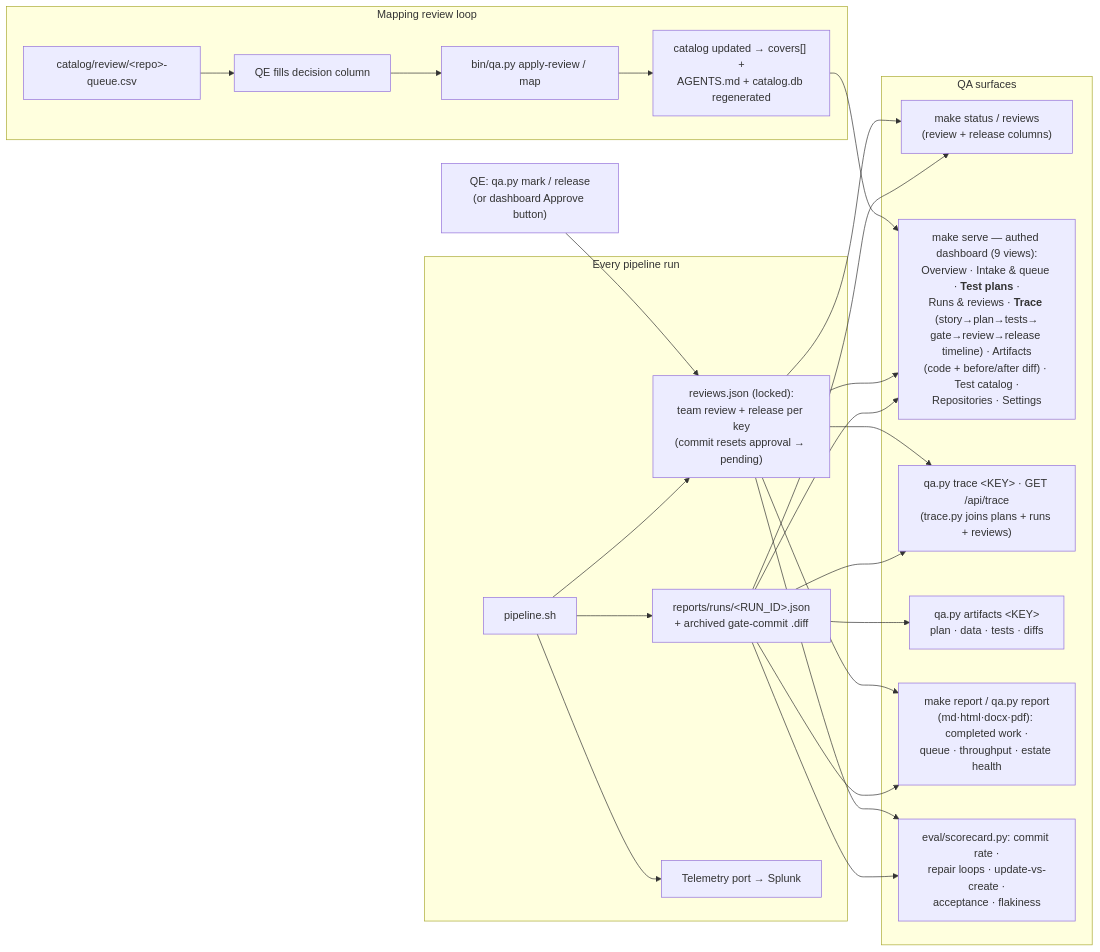
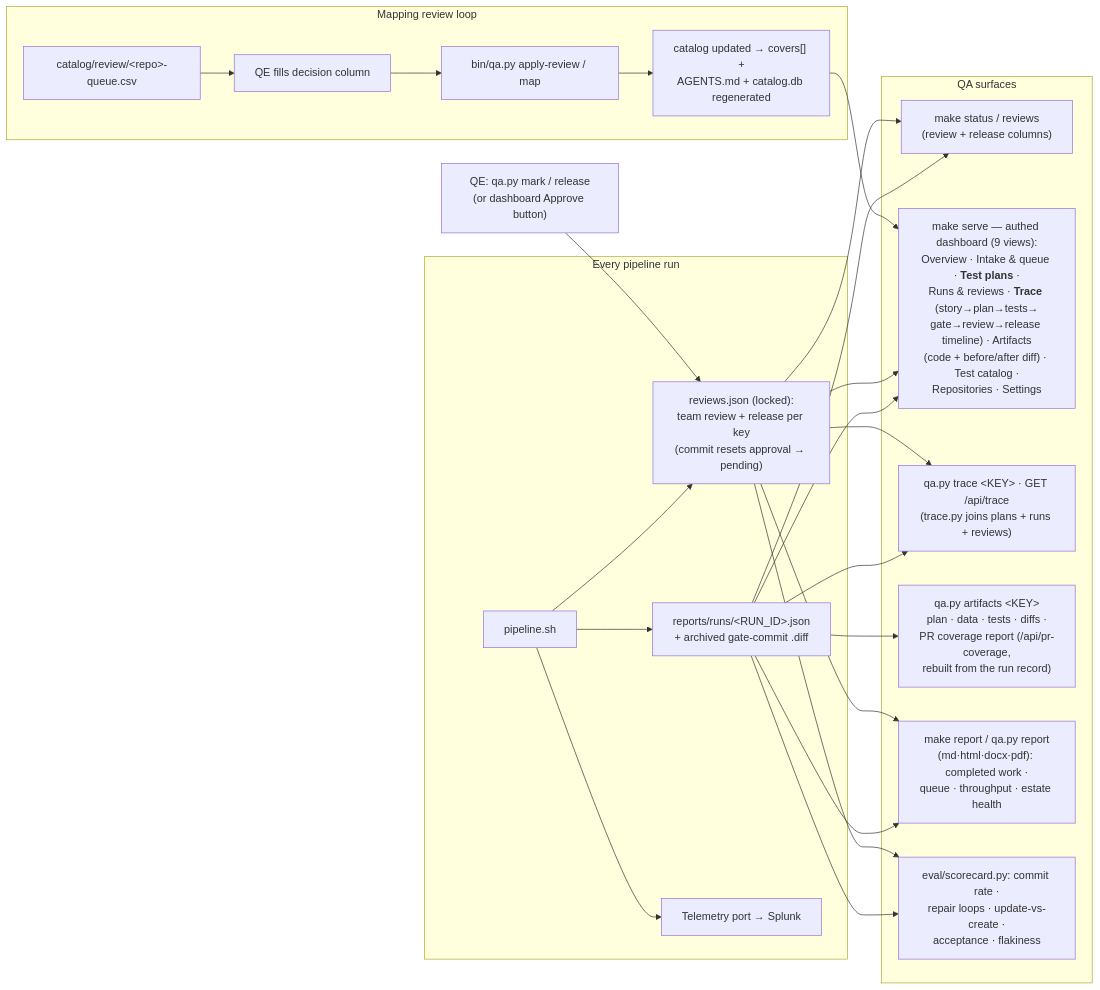
The tenth of 15 diagrams in docs/diagrams.md (anandtopu/auto-tests-gen), drawn with Mermaid before and after one commit. The commit also changed other lines of this file and 53 other files, not shown here.

````diff
--- a/docs/diagrams.md
+++ b/docs/diagrams.md
@@ -281,38 +281,38 @@
 ```mermaid
 flowchart LR
     subgraph RUNTIME["Every pipeline run"]
         P["pipeline.sh"] --> RR["reports/runs/&lt;RUN_ID&gt;.json<br/>+ archived gate-commit .diff"]
         P --> RS["reviews.json (locked):<br/>team review + release per key<br/>(commit resets approval → pending)"]
         P --> TEL["Telemetry port → Splunk"]
     end
 
     subgraph SURFACES["QA surfaces"]
         ST["make status / reviews<br/>(review + release columns)"]
         DB["make serve — authed dashboard (9 views):<br/>Overview · Intake &amp; queue · <b>Test plans</b> ·<br/>Runs &amp; reviews · <b>Trace</b> (story→plan→tests→<br/>gate→review→release timeline) · Artifacts<br/>(code + before/after diff) · Test catalog ·<br/>Repositories · Settings"]
         TRC["qa.py trace &lt;KEY&gt; · GET /api/trace<br/>(trace.py joins plans + runs + reviews)"]
-        AR["qa.py artifacts &lt;KEY&gt;<br/>plan · data · tests · diffs"]
+        AR["qa.py artifacts &lt;KEY&gt;<br/>plan · data · tests · diffs ·<br/>PR coverage report (/api/pr-coverage,<br/>rebuilt from the run record)"]
         REP["make report / qa.py report<br/>(md·html·docx·pdf): completed work ·<br/>queue · throughput · estate health"]
         SC["eval/scorecard.py: commit rate ·<br/>repair loops · update-vs-create ·<br/>acceptance · flakiness"]
     end
 
     RR --> ST
     RR --> DB
     RR --> TRC
     RS --> TRC
     RR --> AR
     RR --> REP
     RR --> SC
     RS --> ST
     RS --> DB
     RS --> REP
     RS --> SC
     TEAM["QE: qa.py mark / release<br/>(or dashboard Approve button)"] --> RS
 
     subgraph REVIEW["Mapping review loop"]
         Q1["catalog/review/&lt;repo&gt;-queue.csv"] --> Q2["QE fills decision column"]
         Q2 --> Q3["bin/qa.py apply-review / map"]
         Q3 --> Q4["catalog updated → covers[] +<br/>AGENTS.md + catalog.db regenerated"]
     end
 
     Q4 --> DB
 ```
````
